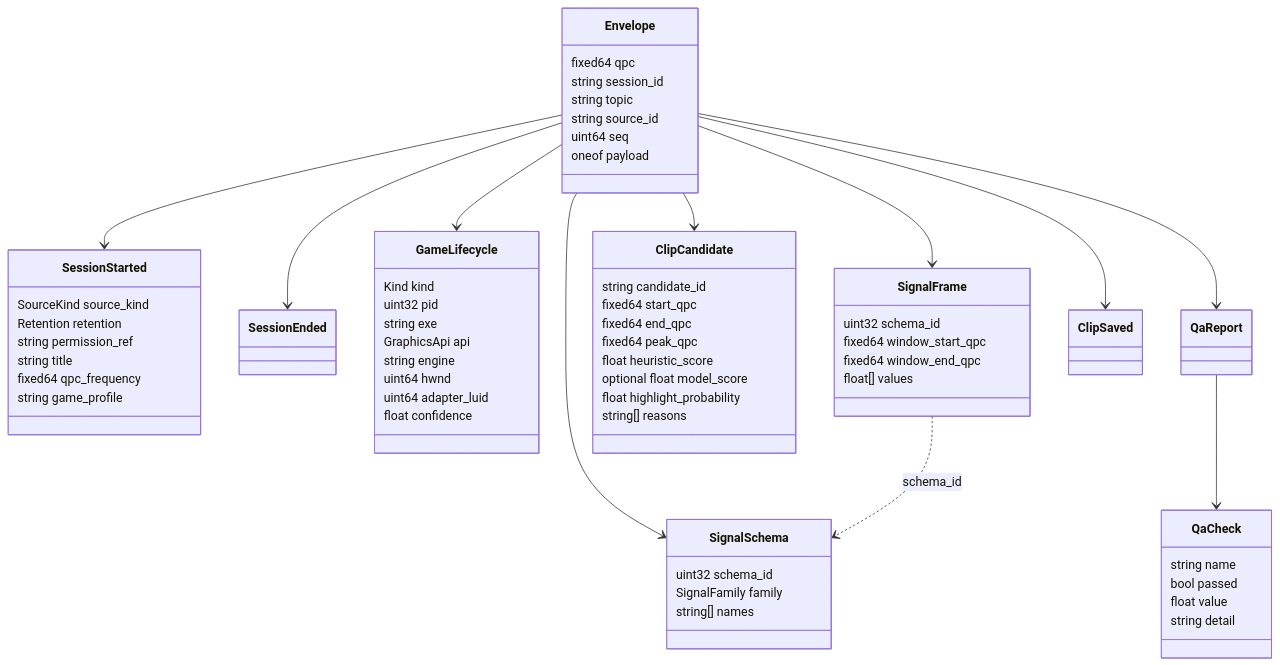
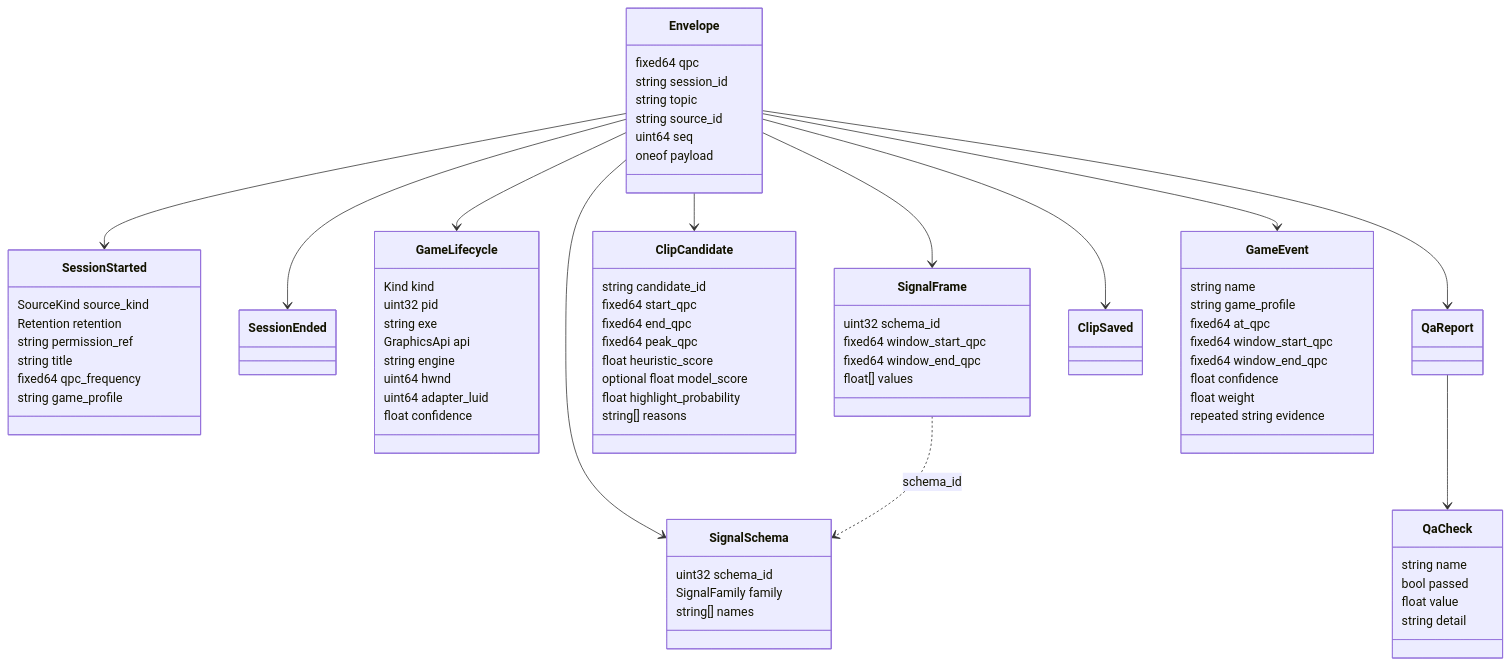
One commit to Joshmh7128/Lookback changed the diagram in docs/wiki/Event-Schema.md. Above: the diagram before and after it, drawn with Mermaid. The commit also changed other lines of this file and 40 other files, not shown here.

````diff
--- a/docs/wiki/Event-Schema.md
+++ b/docs/wiki/Event-Schema.md
@@ -23,67 +23,78 @@
 ```mermaid
 classDiagram
     class Envelope {
         fixed64 qpc
         string session_id
         string topic
         string source_id
         uint64 seq
         oneof payload
     }
     Envelope --> SessionStarted
     Envelope --> SessionEnded
     Envelope --> GameLifecycle
     Envelope --> SignalSchema
     Envelope --> SignalFrame
     Envelope --> ClipCandidate
     Envelope --> QaReport
     Envelope --> ClipSaved
+    Envelope --> GameEvent
     QaReport --> QaCheck
     SignalFrame ..> SignalSchema : schema_id
+    class GameEvent {
+        string name
+        string game_profile
+        fixed64 at_qpc
+        fixed64 window_start_qpc
+        fixed64 window_end_qpc
+        float confidence
+        float weight
+        repeated string evidence
+    }
 
     class SessionStarted {
         SourceKind source_kind
         Retention retention
         string permission_ref
         string title
         fixed64 qpc_frequency
         string game_profile
     }
     class GameLifecycle {
         Kind kind
         uint32 pid
         string exe
         GraphicsApi api
         string engine
         uint64 hwnd
         uint64 adapter_luid
         float confidence
     }
     class SignalSchema {
         uint32 schema_id
         SignalFamily family
         string[] names
     }
     class SignalFrame {
         uint32 schema_id
         fixed64 window_start_qpc
         fixed64 window_end_qpc
         float[] values
     }
     class ClipCandidate {
         string candidate_id
         fixed64 start_qpc
         fixed64 end_qpc
         fixed64 peak_qpc
         float heuristic_score
         optional float model_score
         float highlight_probability
         string[] reasons
     }
     class QaCheck {
         string name
         bool passed
         float value
         string detail
     }
 ```
````
